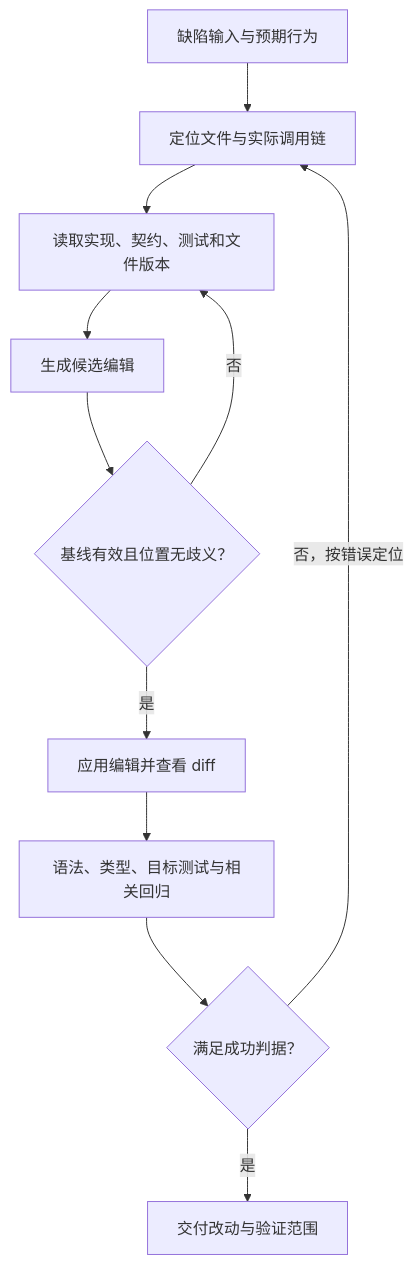
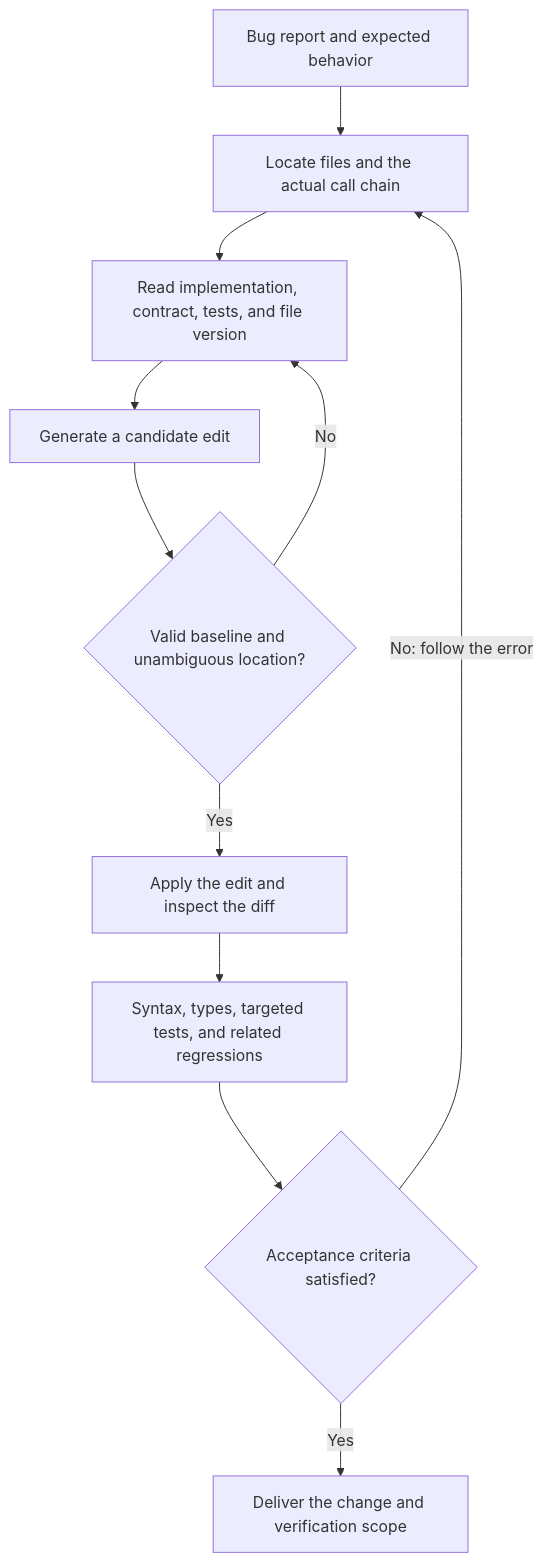
The diagram in docs/agent/06-coding-agents/24-code-search-edit-verification.md (oneleaveknowsthefall/awesome-ai-roadmap), drawn with Mermaid before and after one commit. The commit also changed other lines of this file and 68 other files, not shown here.

````diff
--- a/docs/agent/06-coding-agents/24-code-search-edit-verification.md
+++ b/docs/agent/06-coding-agents/24-code-search-edit-verification.md
@@ -15,13 +15,13 @@
 ```mermaid
 flowchart TD
-    A["缺陷输入与预期行为"] --> B["定位文件与实际调用链"]
-    B --> C["读取实现、契约、测试和文件版本"]
-    C --> D["生成候选编辑"]
-    D --> E{"基线有效且位置无歧义？"}
-    E -->|否| C
-    E -->|是| F["应用编辑并查看 diff"]
-    F --> G["语法、类型、目标测试与相关回归"]
-    G --> H{"满足成功判据？"}
-    H -->|否，按错误定位| B
-    H -->|是| I["交付改动与验证范围"]
+    A["Bug report and expected behavior"] --> B["Locate files and the actual call chain"]
+    B --> C["Read implementation, contract, tests, and file version"]
+    C --> D["Generate a candidate edit"]
+    D --> E{"Valid baseline and unambiguous location?"}
+    E -->|No| C
+    E -->|Yes| F["Apply the edit and inspect the diff"]
+    F --> G["Syntax, types, targeted tests, and related regressions"]
+    G --> H{"Acceptance criteria satisfied?"}
+    H -->|No: follow the error| B
+    H -->|Yes| I["Deliver the change and verification scope"]
 ```
````
